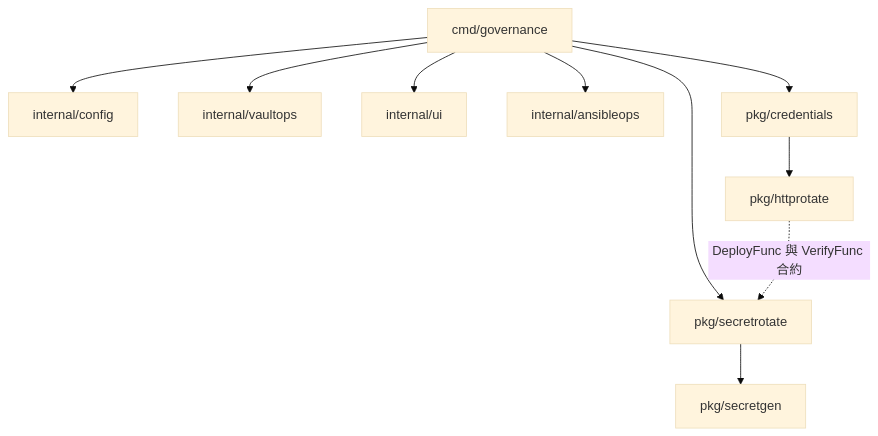
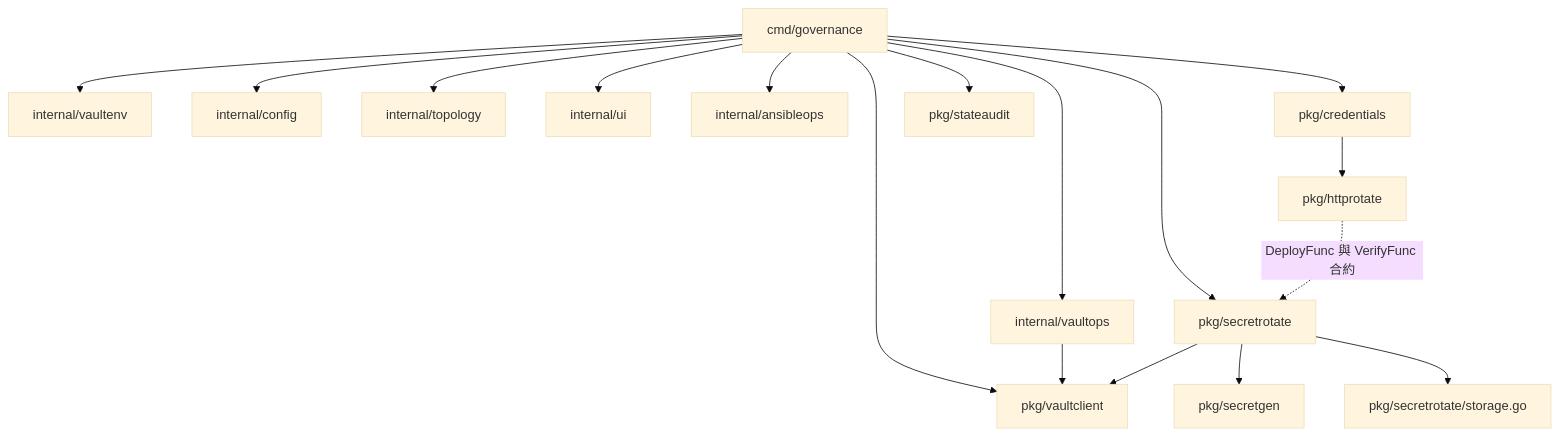
One commit to csning1998/parent-group-governance changed the first of 3 diagrams in tools/governance/README.md. Above: the diagram before and after it, drawn with Mermaid (base theme). The commit also changed other lines of this file and 44 other files, not shown here.

````diff
--- a/tools/governance/README.md
+++ b/tools/governance/README.md
@@ -63,13 +68,20 @@
 ```mermaid
 flowchart TD
-    CLI["cmd/governance"] --> ConfigPkg["internal/config"]
+    CLI["cmd/governance"] --> VaultEnv["internal/vaultenv"]
+    CLI --> ConfigPkg["internal/config"]
+    CLI --> TopologyPkg["internal/topology"]
     CLI --> VaultOpsPkg["internal/vaultops"]
     CLI --> UIPkg["internal/ui"]
     CLI --> AnsiblePkg["internal/ansibleops"]
     CLI --> CredPkg["pkg/credentials"]
     CLI --> RotatePkg["pkg/secretrotate"]
+    CLI --> StateAuditPkg["pkg/stateaudit"]
+    CLI --> VaultClientPkg["pkg/vaultclient"]
 
+    VaultOpsPkg --> VaultClientPkg
+    RotatePkg --> VaultClientPkg
+    RotatePkg --> GenPkg["pkg/secretgen"]
+    RotatePkg --> StoragePkg["pkg/secretrotate/storage.go"]
     CredPkg --> HTTPPkg["pkg/httprotate"]
-    RotatePkg --> GenPkg["pkg/secretgen"]
     HTTPPkg -.->|"DeployFunc 與 VerifyFunc 合約"| RotatePkg
 ```
````
